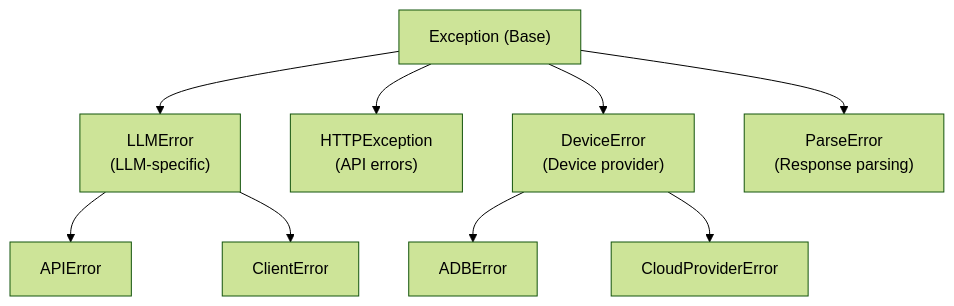
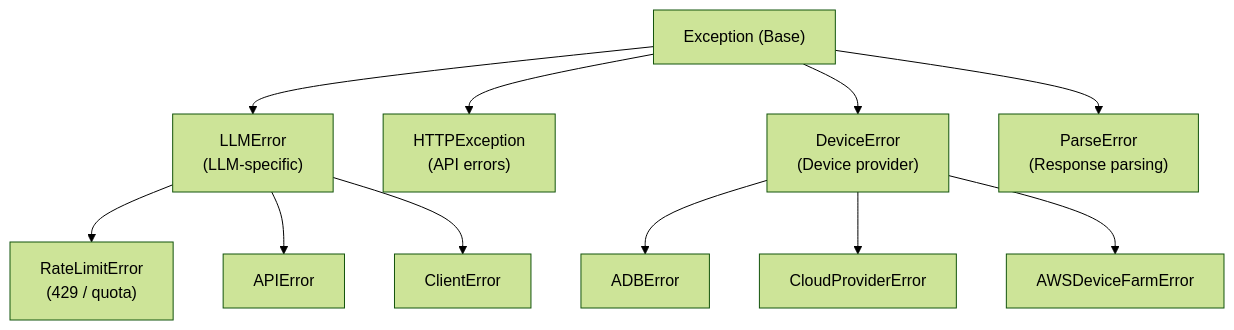
Before and after one commit to varunaditya27/android-ai-agent: the ninth of 9 diagrams in ARCHITECTURE.md, drawn with Mermaid (forest theme). The commit also changed other lines of this file and 1 other file, not shown here.

Commit message:
Update README and ARCHITECTURE files

````diff
--- a/ARCHITECTURE.md
+++ b/ARCHITECTURE.md
@@ -805,14 +913,16 @@
 ```mermaid
 flowchart TB
     Exception["Exception (Base)"]
     Exception --> LLMError["LLMError<br/>(LLM-specific)"]
     Exception --> HTTPException["HTTPException<br/>(API errors)"]
     Exception --> DeviceError["DeviceError<br/>(Device provider)"]
     Exception --> ParseError["ParseError<br/>(Response parsing)"]
 
+    LLMError --> RateLimitError["RateLimitError<br/>(429 / quota)"]
     LLMError --> APIError["APIError"]
     LLMError --> ClientError["ClientError"]
 
     DeviceError --> ADBError["ADBError"]
     DeviceError --> CloudError["CloudProviderError"]
+    DeviceError --> AWSError["AWSDeviceFarmError"]
 ```
````
